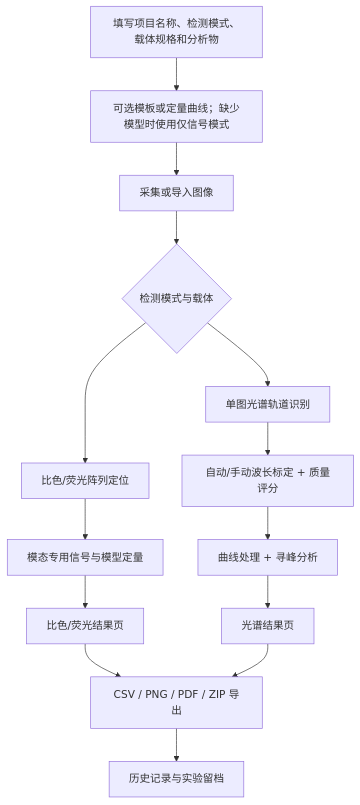
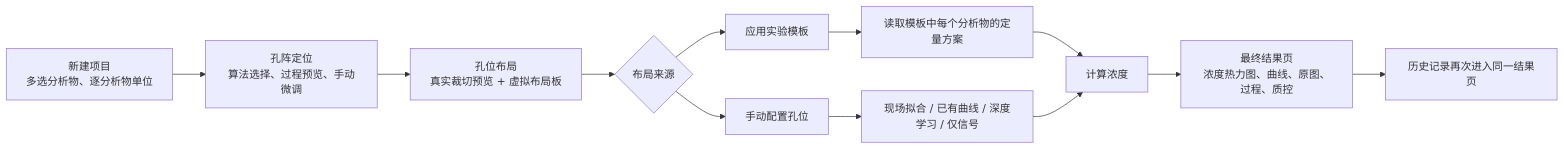
One commit to xiewangzhenyan/FluoColor changed the diagram in README.md. Above: the diagram before and after it, drawn with Mermaid. The commit also changed other lines of this file and 54 other files, not shown here.

````diff
--- a/README.md
+++ b/README.md
@@ -150,16 +155,14 @@
 ```mermaid
-flowchart TD
-    A["填写项目名称、检测模式、载体规格和分析物"] --> B["可选模板或定量曲线；缺少模型时使用仅信号模式"]
-    B --> C["采集或导入图像"]
-    C --> D{"检测模式与载体"}
-    D --> E["比色/荧光阵列定位"]
-    D --> F["单图光谱轨道识别"]
-    E --> G["模态专用信号与模型定量"]
-    G --> H["比色/荧光结果页"]
-    F --> I["自动/手动波长标定 + 质量评分"]
-    I --> J["曲线处理 + 寻峰分析"]
-    J --> K["光谱结果页"]
-    H --> L["CSV / PNG / PDF / ZIP 导出"]
-    K --> L
-    L --> M["历史记录与实验留档"]
+flowchart LR
+    A["新建项目<br/>多选分析物、逐分析物单位"] --> B["孔阵定位<br/>算法选择、过程预览、手动微调"]
+    B --> C["孔位布局<br/>真实裁切预览 + 虚拟布局板"]
+    C --> D{"布局来源"}
+    D --> E["应用实验模板"]
+    D --> F["手动配置孔位"]
+    E --> G["读取模板中每个分析物的定量方案"]
+    F --> H["现场拟合 / 已有曲线 / 深度学习 / 仅信号"]
+    G --> I["计算浓度"]
+    H --> I
+    I --> J["最终结果页<br/>浓度热力图、曲线、原图、过程、质控"]
+    J --> K["历史记录再次进入同一结果页"]
 ```
````
